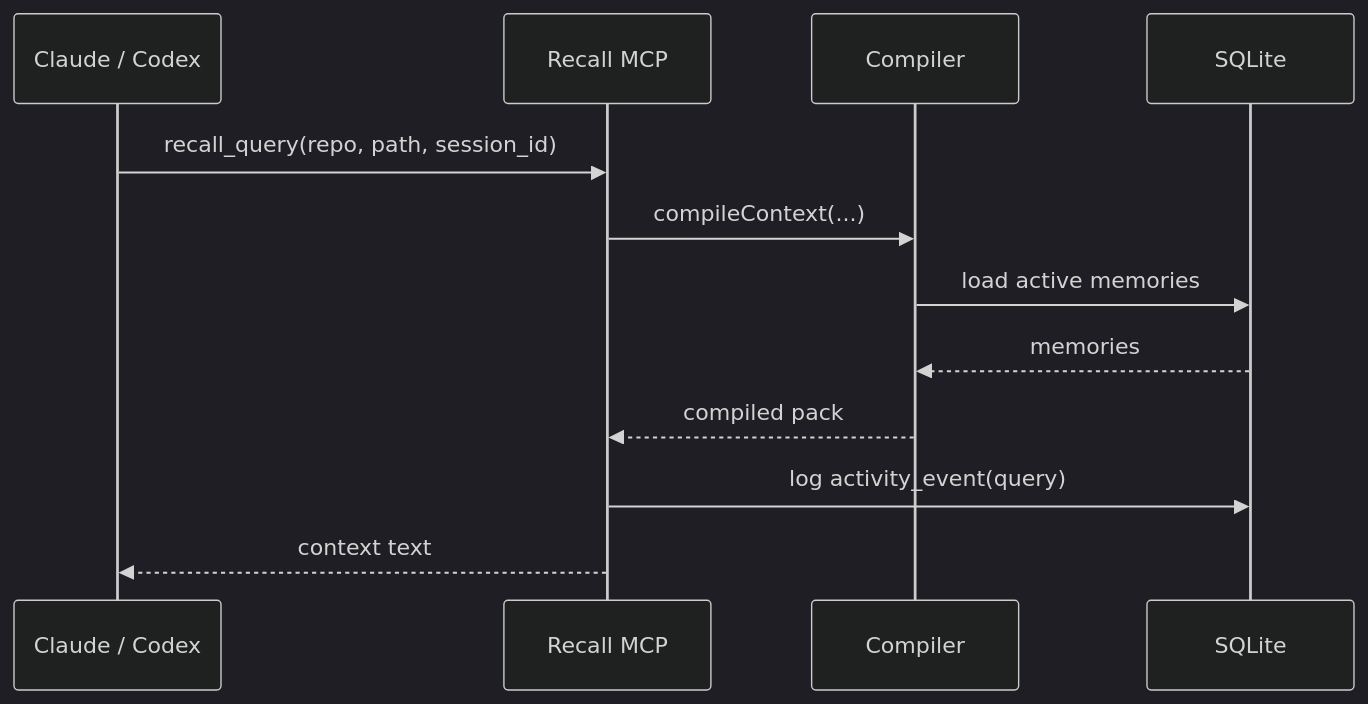
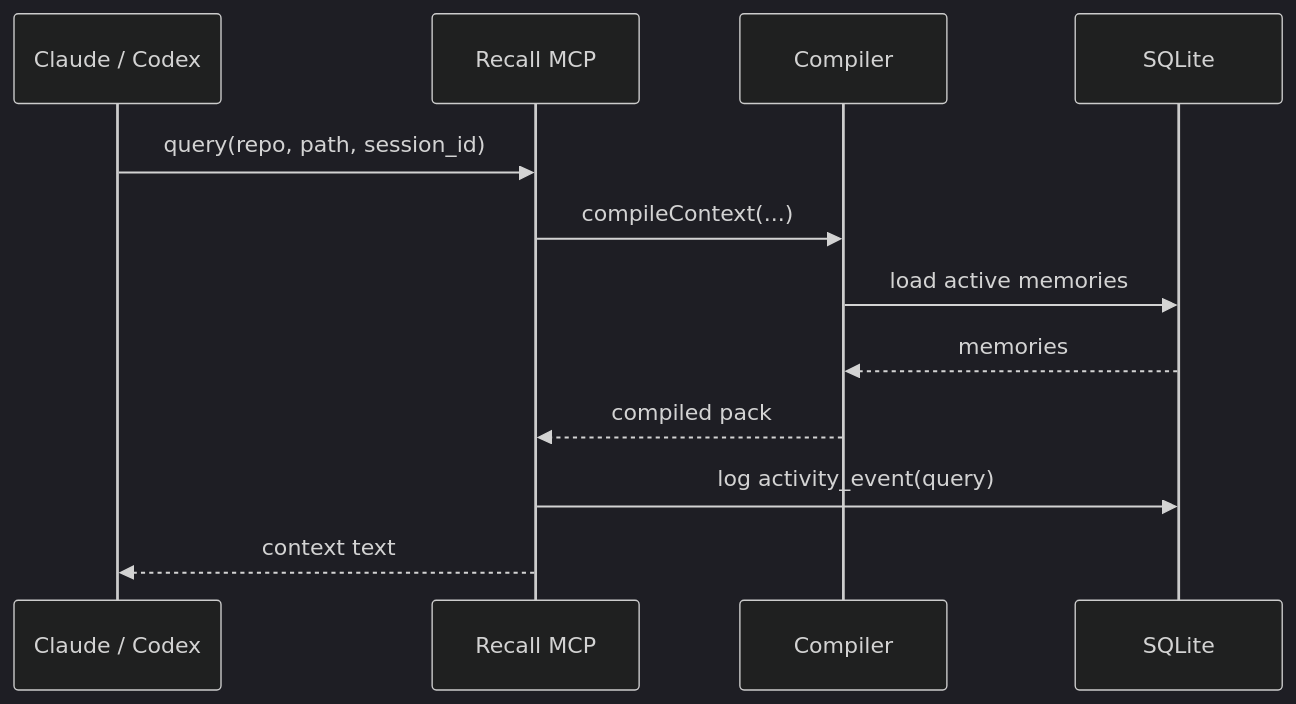
One commit to edihasaj/recall changed the eighth of 12 diagrams in ARCHITECTURE.md. Above: the diagram before and after it, drawn with Mermaid (dark theme). The commit also changed other lines of this file and 3 other files, not shown here.

````diff
--- a/ARCHITECTURE.md
+++ b/ARCHITECTURE.md
@@ -273,15 +273,15 @@
 ```mermaid
 sequenceDiagram
     participant Agent as Claude / Codex
     participant MCP as Recall MCP
     participant Compiler as Compiler
     participant DB as SQLite
 
-    Agent->>MCP: recall_query(repo, path, session_id)
+    Agent->>MCP: query(repo, path, session_id)
     MCP->>Compiler: compileContext(...)
     Compiler->>DB: load active memories
     DB-->>Compiler: memories
     Compiler-->>MCP: compiled pack
     MCP->>DB: log activity_event(query)
     MCP-->>Agent: context text
 ```
````
